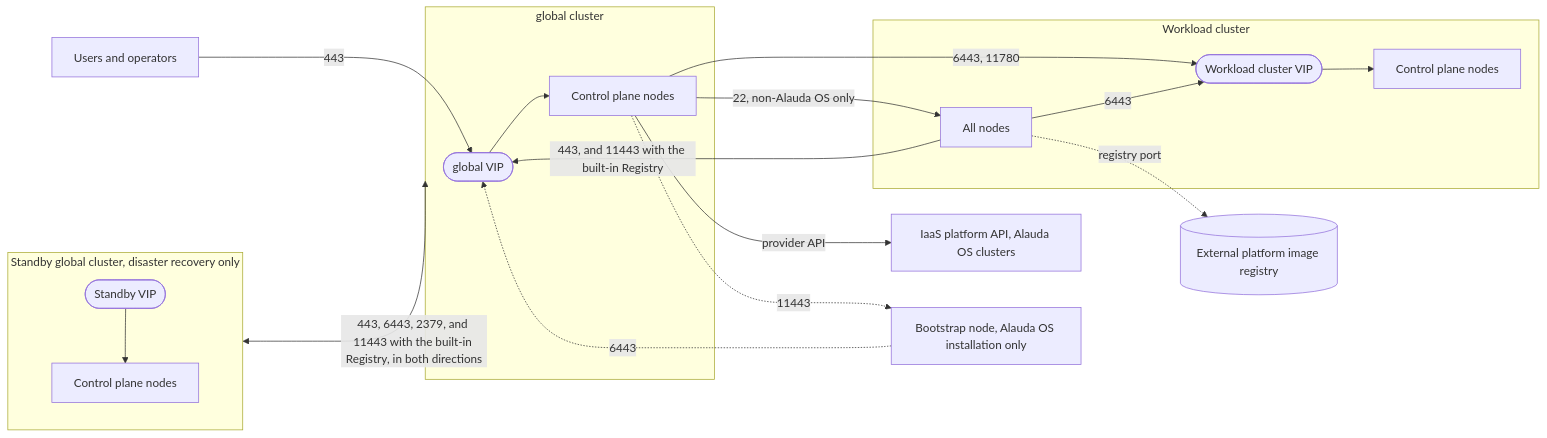
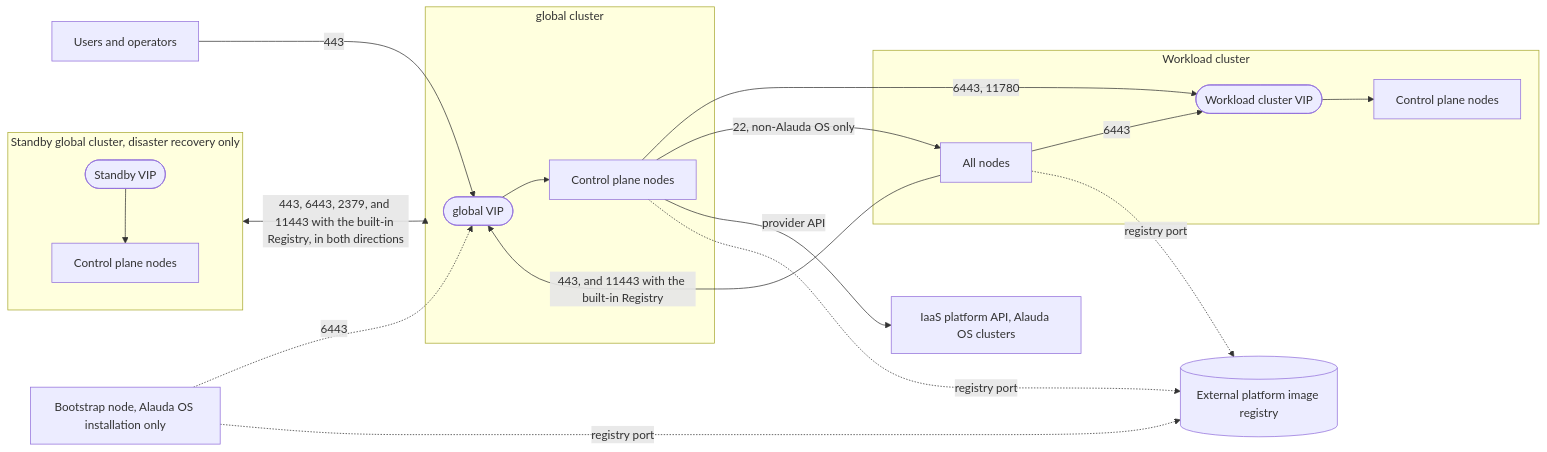
The diagram in docs/en/install/prepare/communication_matrix.mdx (alauda/acp-docs), drawn with Mermaid before and after one commit. The commit also changed other lines of this file and 68 other files, not shown here.

````diff
--- a/docs/en/install/prepare/communication_matrix.mdx
+++ b/docs/en/install/prepare/communication_matrix.mdx
@@ -47,28 +47,29 @@
 ```mermaid
 flowchart LR
     users["Users and operators"]
     subgraph primary["global cluster"]
         gvip(["global VIP"]) --> gcp["Control plane nodes"]
     end
     subgraph standby["Standby global cluster, disaster recovery only"]
         svip(["Standby VIP"]) --> scp["Control plane nodes"]
     end
     subgraph workload["Workload cluster"]
         wvip(["Workload cluster VIP"]) --> wcp["Control plane nodes"]
         wnodes["All nodes"]
     end
     extreg[("External platform image registry")]
     iaas["IaaS platform API, Alauda OS clusters"]
     boot["Bootstrap node, Alauda OS installation only"]
 
     users -->|"443"| gvip
     gcp -->|"6443, 11780"| wvip
     gcp -->|"22, non-Alauda OS only"| wnodes
     wnodes -->|"443, and 11443 with the built-in Registry"| gvip
     wnodes -->|"6443"| wvip
     standby <-->|"443, 6443, 2379, and 11443 with the built-in Registry, in both directions"| primary
     gcp -->|"provider API"| iaas
     wnodes -.->|"registry port"| extreg
     boot -.->|"6443"| gvip
-    gcp -.->|"11443"| boot
+    boot -.->|"registry port"| extreg
+    gcp -.->|"registry port"| extreg
 ```
````
